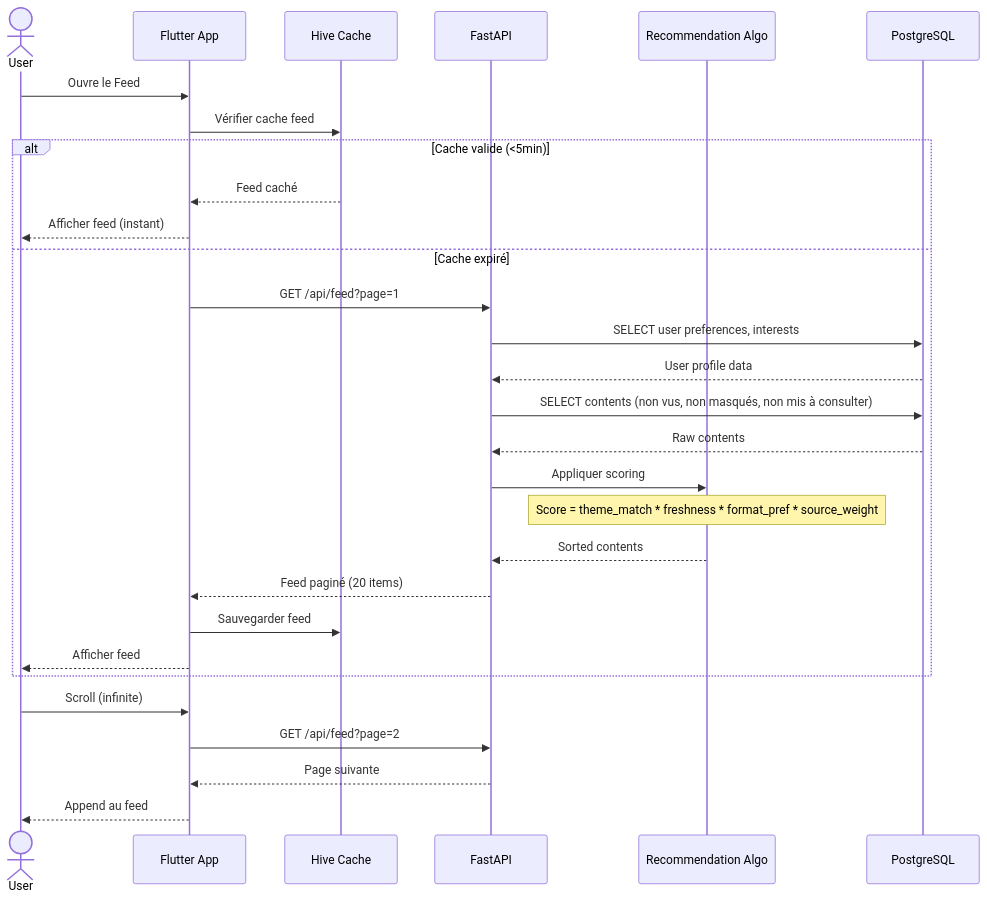
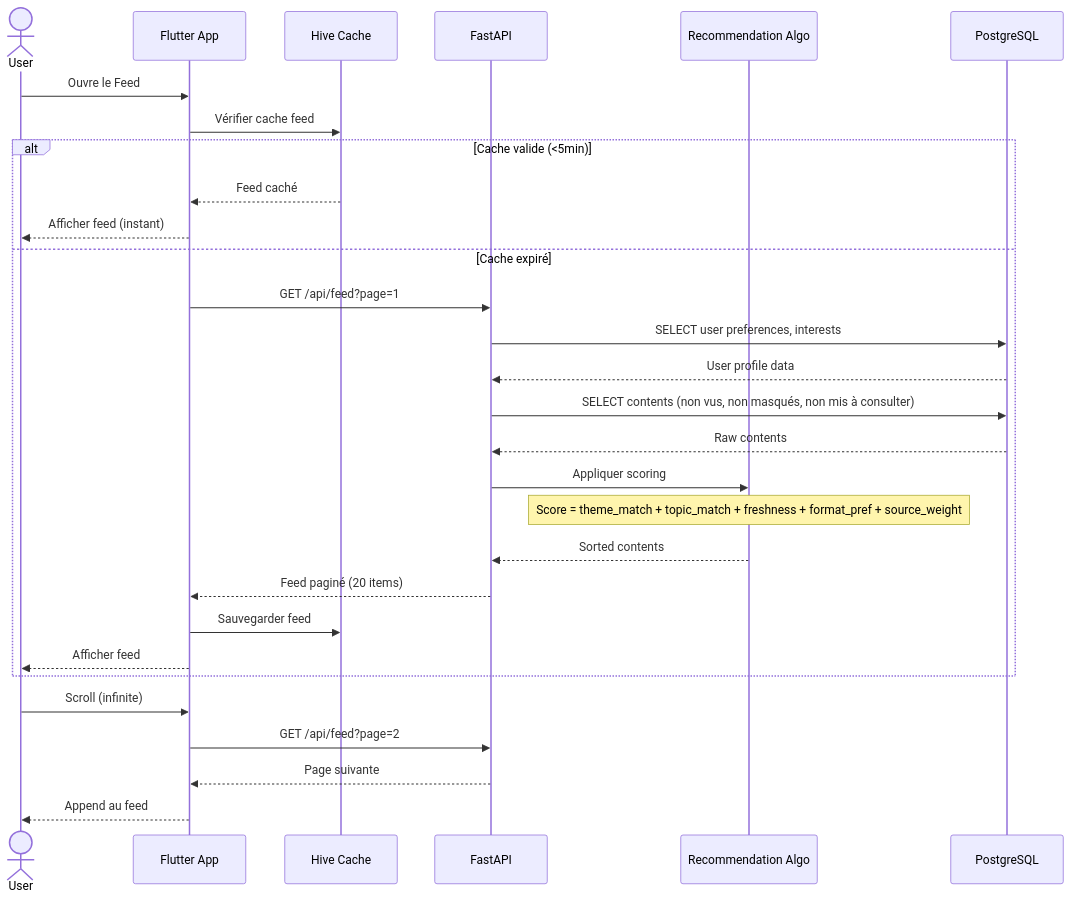
Before and after one commit to boujonlaurin-dotcom/facteur: the fifth of 8 diagrams in docs/architecture.md, drawn with Mermaid. The commit also changed other lines of this file and 18 other files, not shown here.

````diff
--- a/docs/architecture.md
+++ b/docs/architecture.md
@@ -707,38 +709,38 @@
 ```mermaid
 sequenceDiagram
     actor User
     participant App as Flutter App
     participant Cache as Hive Cache
     participant API as FastAPI
     participant Algo as Recommendation Algo
     participant DB as PostgreSQL
 
     User->>App: Ouvre le Feed
     
     App->>Cache: Vérifier cache feed
     
     alt Cache valide (<5min)
         Cache-->>App: Feed caché
         App-->>User: Afficher feed (instant)
     else Cache expiré
         App->>API: GET /api/feed?page=1
         API->>DB: SELECT user preferences, interests
         DB-->>API: User profile data
         
         API->>DB: SELECT contents (non vus, non masqués, non mis à consulter)
         DB-->>API: Raw contents
         
         API->>Algo: Appliquer scoring
-        Note over Algo: Score = theme_match * freshness * format_pref * source_weight
+        Note over Algo: Score = theme_match + topic_match + freshness + format_pref + source_weight
         Algo-->>API: Sorted contents
         
         API-->>App: Feed paginé (20 items)
         App->>Cache: Sauvegarder feed
         App-->>User: Afficher feed
     end
     
     User->>App: Scroll (infinite)
     App->>API: GET /api/feed?page=2
     API-->>App: Page suivante
     App-->>User: Append au feed
 ```
````
